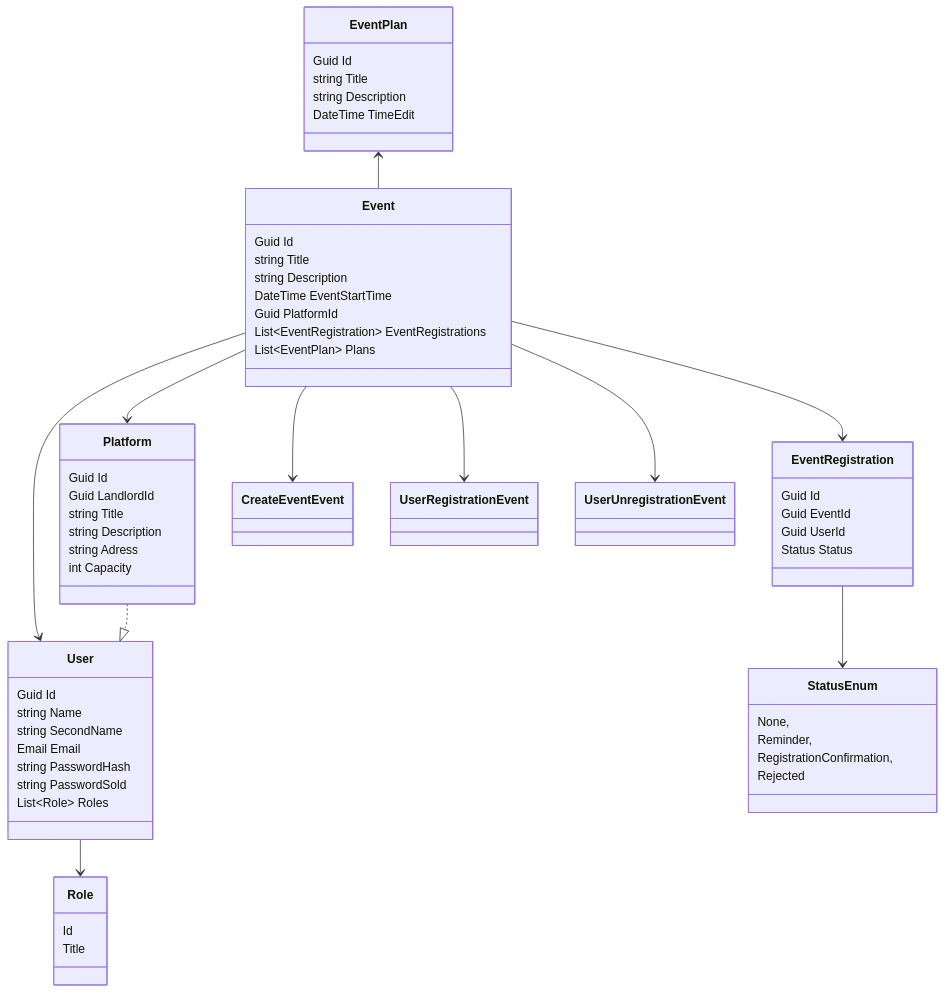
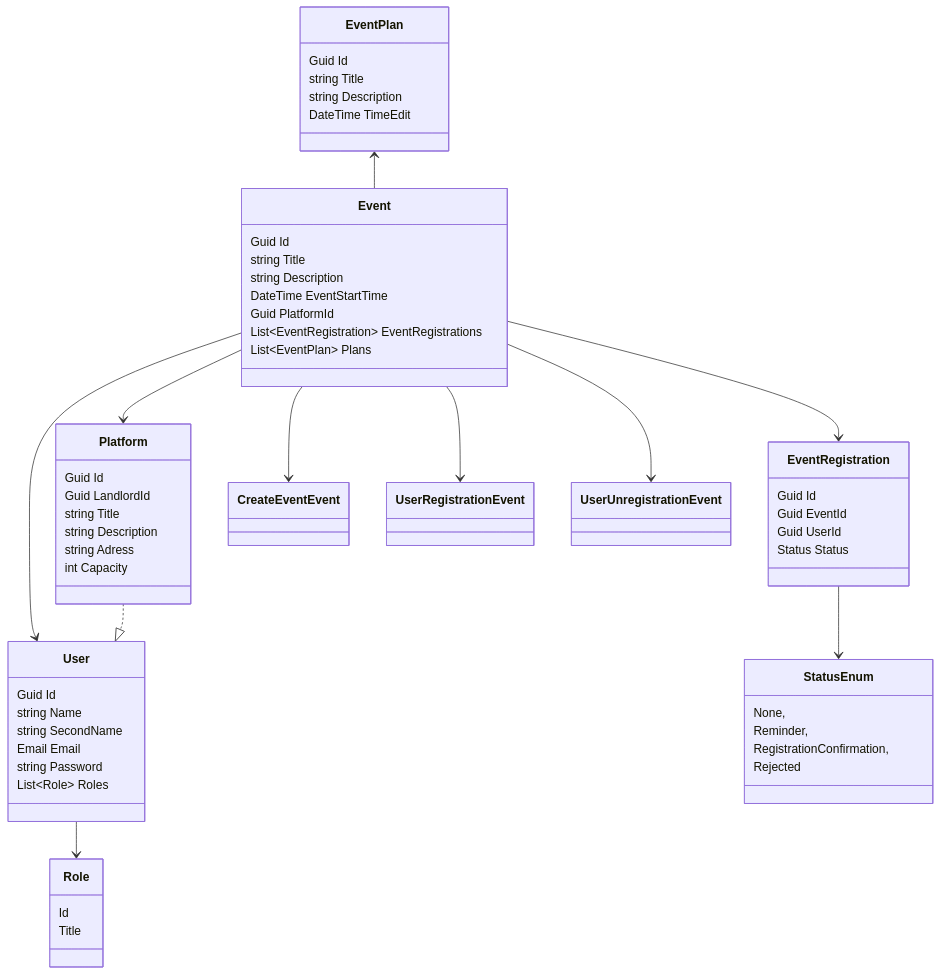
The diagram in README.md (denismakalich/Realize), drawn with Mermaid before and after one commit.

Commit message:
Update README.md
fix

````diff
--- a/README.md
+++ b/README.md
@@ -2,69 +2,68 @@
 ```mermaid
 classDiagram
     User --> Role
 
     Event --> User
     Event --> Platform
     Event --> EventRegistration
     EventRegistration --> StatusEnum
     Event --> CreateEventEvent
     Event --> UserRegistrationEvent
     Event --> UserUnregistrationEvent
     EventPlan <-- Event
     Platform ..|> User
 
     class Role{
         Id
         Title
     }
 
     class User{
         Guid Id
         string Name
         string SecondName
         Email Email
-        string PasswordHash
-        string PasswordSold
+        string Password
         List~Role~ Roles
     }
 
     class Event{
         Guid Id
         string Title
         string Description
         DateTime EventStartTime
         Guid PlatformId
         List~EventRegistration~ EventRegistrations 
         List~EventPlan~ Plans
     }
 
     class Platform{
         Guid Id
         Guid LandlordId
         string Title
         string Description
         string Adress
         int Capacity
     }
 
     class EventRegistration{
         Guid Id
         Guid EventId
         Guid UserId
         Status Status
     }
 
     class StatusEnum{
         None,
         Reminder, 
         RegistrationConfirmation,
         Rejected
     }
 
     class EventPlan{
         Guid Id
         string Title
         string Description
         DateTime TimeEdit
     }
 ```
````
